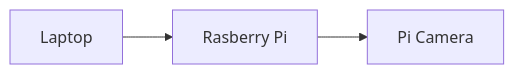
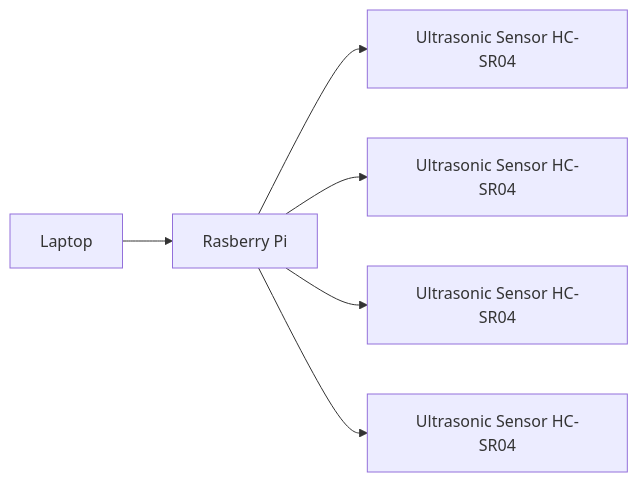
One commit to deniseten/EGL315 changed the first of 3 diagrams in README.md. Above: the diagram before and after it, drawn with Mermaid.

````diff
--- a/README.md
+++ b/README.md
@@ -7,6 +7,8 @@
 ```mermaid
 graph LR
 
-A[Laptop] --> B[Rasberry Pi] --> C[Pi Camera] 
-
+A[Laptop] --> B[Rasberry Pi] --> C[Ultrasonic Sensor HC-SR04] 
+B --> D[Ultrasonic Sensor HC-SR04]
+B --> E[Ultrasonic Sensor HC-SR04]
+B --> F[Ultrasonic Sensor HC-SR04]
 ```
````
